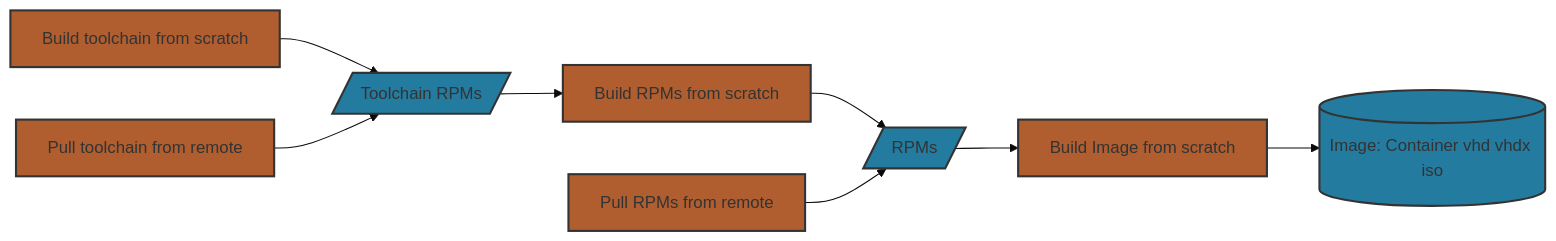
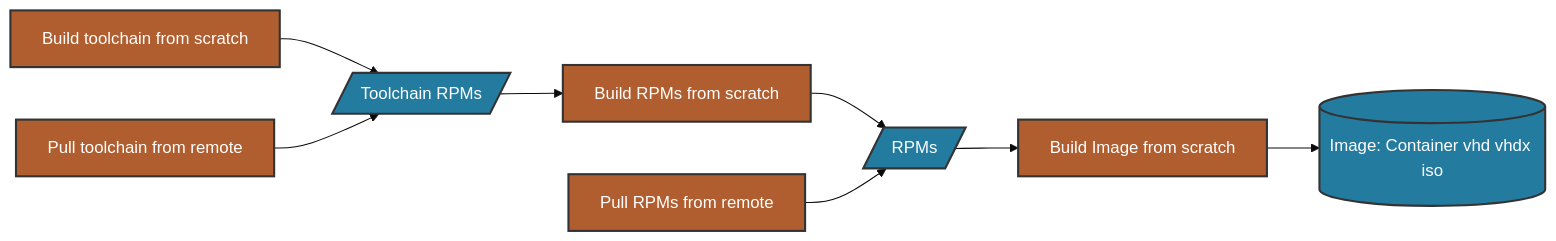
The third of 6 diagrams in toolkit/docs/how_it_works/0_intro.md (microsoft/azurelinux), drawn with Mermaid (base theme) before and after one commit. The commit also changed other lines of this file, not shown here.

````diff
--- a/toolkit/docs/how_it_works/0_intro.md
+++ b/toolkit/docs/how_it_works/0_intro.md
@@ -67,29 +67,29 @@
 ```mermaid
 flowchart LR
     %% style definitions
-    classDef io fill:#247BA0,stroke:#333,stroke-width:2px;
-    classDef process fill:#B05E2F,stroke:#333,stroke-width:2px;
-    classDef decision fill:#51344D,stroke:#333,stroke-width:2px;
-    classDef goodState fill:#566E40,stroke:#333,stroke-width:2px;
-    classDef badState fill:#BC4B51,stroke:#333,stroke-width:2px;
+    classDef io fill:#247BA0,stroke:#333,stroke-width:2px,color:#fff;
+    classDef process fill:#B05E2F,stroke:#333,stroke-width:2px,color:#fff;
+    classDef decision fill:#51344D,stroke:#333,stroke-width:2px,color:#fff;
+    classDef goodState fill:#566E40,stroke:#333,stroke-width:2px,color:#fff;
+    classDef badState fill:#BC4B51,stroke:#333,stroke-width:2px,color:#fff;
 
-    %% node definitions
+    %% nodes
     buildTC[Build toolchain from scratch]:::process
     pullTC[Pull toolchain from remote]:::process
     tcRPMS[/Toolchain RPMs/]:::io
     buildRPMS[Build RPMs from scratch]:::process
     pullRPMS[Pull RPMs from remote]:::process
     rpms[/RPMs/]:::io
     buildImage[Build Image from scratch]:::process
     image[(Image: Container vhd vhdx iso)]:::io
 
     %% node flow
     buildTC --> tcRPMS
     pullTC --> tcRPMS
     tcRPMS --> buildRPMS
     buildRPMS --> rpms
     pullRPMS --> rpms
     rpms --> buildImage
     buildImage --> image
 
 ```
````
